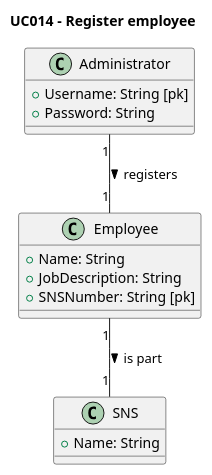
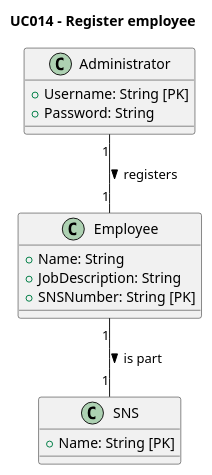
The diagram in sns-base/doc/global/use-cases/UC014/ucd-UCD014-DM.puml (rafaafig/SnsTrab), drawn with PlantUML before and after one commit. The commit also changed 6 other files, not shown here.

```diff
--- a/sns-base/doc/global/use-cases/UC014/ucd-UCD014-DM.puml
+++ b/sns-base/doc/global/use-cases/UC014/ucd-UCD014-DM.puml
@@ -1,29 +1,29 @@
 @startuml
 'skinparam monochrome true
 'skinparam shadowing false
 
 title UC014 - Register employee
 
 class Administrator {
-    +Username: String [pk]
+    +Username: String [PK]
     +Password: String
 }
 
 class SNS {
-    +Name: String
+    +Name: String [PK]
 }
 
 class Employee {
     +Name: String
     +JobDescription: String
-    +SNSNumber: String [pk]
+    +SNSNumber: String [PK]
 
 }
 
 ' Relationships
 Administrator "1" -- "1" Employee : registers >
 Employee "1" -- "1" SNS : is part >
 
 
 
 @enduml
```
